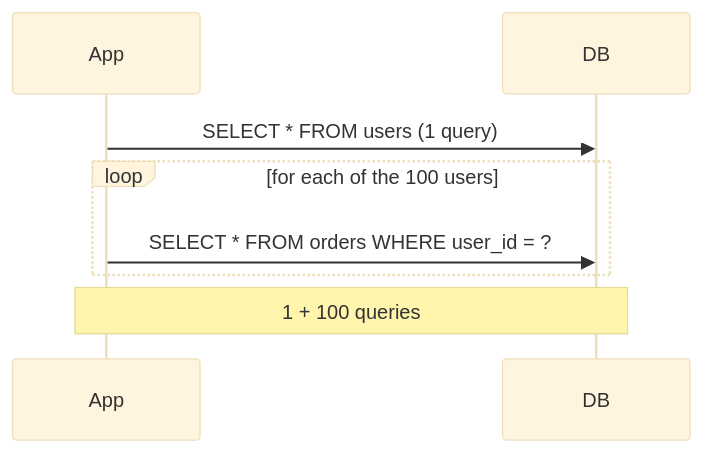
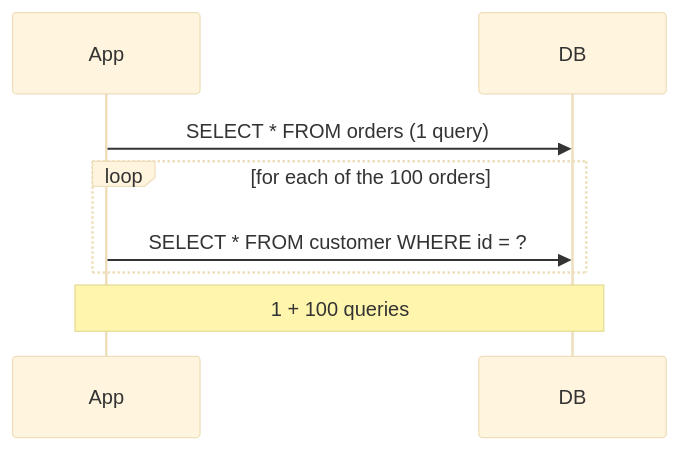
Before and after one commit to shubamchaudhary/CodeNITW: diagram 18 of 20 in src/Data/coreStackDocs/SPRING-04.md, drawn with Mermaid (base theme). The commit also changed other lines of this file, not shown here.

````diff
--- a/src/Data/coreStackDocs/SPRING-04.md
+++ b/src/Data/coreStackDocs/SPRING-04.md
@@ -155,10 +561,10 @@
 ```mermaid
 sequenceDiagram
     participant App
     participant DB
-    App->>DB: SELECT * FROM users (1 query)
-    loop for each of the 100 users
-        App->>DB: SELECT * FROM orders WHERE user_id = ?
+    App->>DB: SELECT * FROM orders (1 query)
+    loop for each of the 100 orders
+        App->>DB: SELECT * FROM customer WHERE id = ?
     end
     Note over App,DB: 1 + 100 queries
 ```
````
